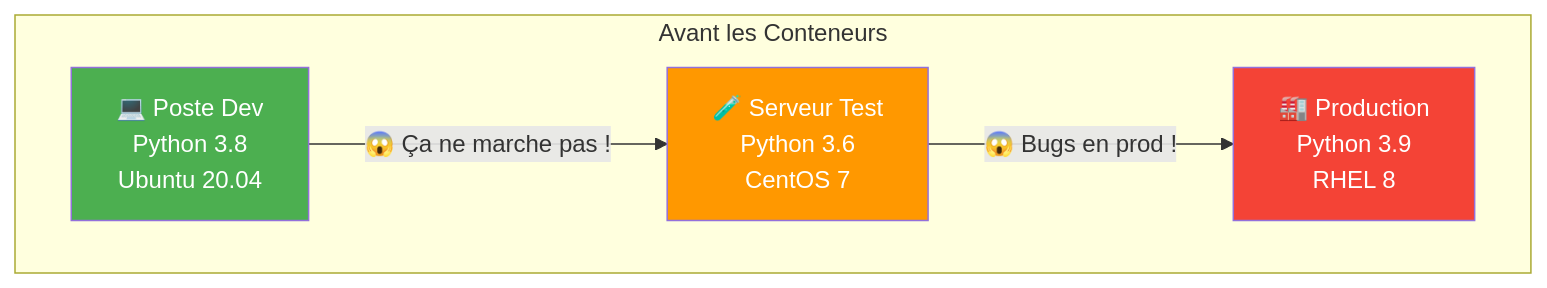
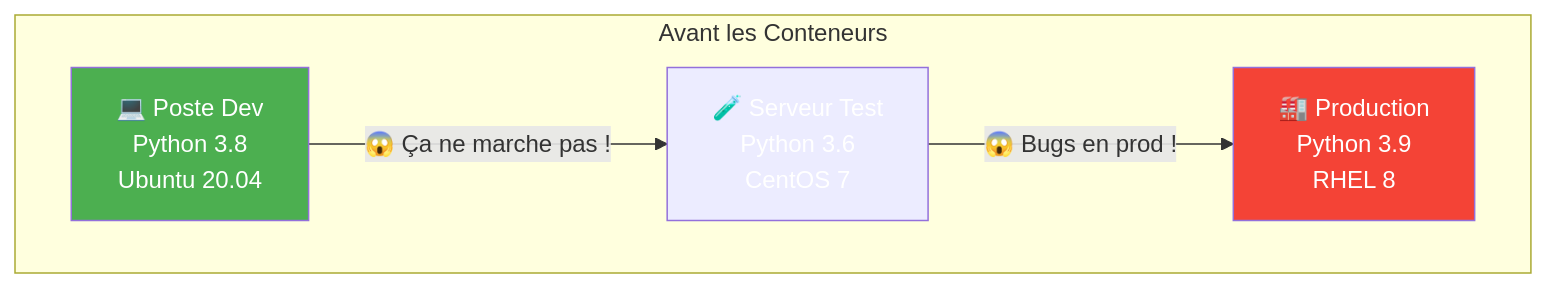
The first of 12 diagrams in docs/formations/cloud-fundamentals/08-module.md (VBlackJack/ShellBook), drawn with Mermaid before and after one commit. The commit also changed other lines of this file and 337 other files, not shown here.

First line of the commit message:
refactor(docs): Standardize code blocks and Mermaid colors

````diff
--- a/docs/formations/cloud-fundamentals/08-module.md
+++ b/docs/formations/cloud-fundamentals/08-module.md
@@ -29,15 +29,15 @@
 ```mermaid
 graph TB
     subgraph "Avant les Conteneurs"
         DEV["💻 Poste Dev<br/>Python 3.8<br/>Ubuntu 20.04"]
         TEST["🧪 Serveur Test<br/>Python 3.6<br/>CentOS 7"]
         PROD["🏭 Production<br/>Python 3.9<br/>RHEL 8"]
     end
 
     DEV -->|"😱 Ça ne marche pas !"| TEST
     TEST -->|"😱 Bugs en prod !"| PROD
 
     style DEV fill:#4caf50,color:#fff
-    style TEST fill:#ff9800,color:#fff
+    style TEST fill:#FF9800800800,color:#fff
     style PROD fill:#f44336,color:#fff
 ```
````
